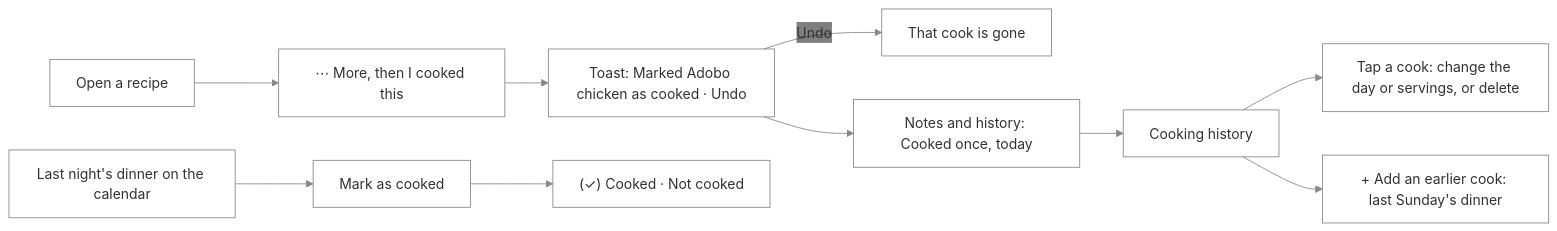
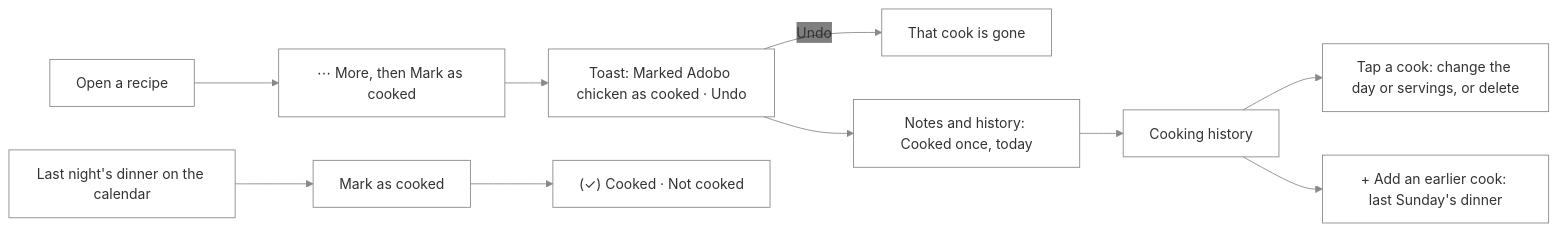
One commit to NovaMoonX/moondreams-dev-apps changed diagram 46 of 55 in src/apps/pinch/UX.md. Above: the diagram before and after it, drawn with Mermaid. The commit also changed other lines of this file and 4 other files, not shown here.

First line of the commit message:
Pinch round 7: one name for recording a cook, "Mark as cooked"

````diff
--- a/src/apps/pinch/UX.md
+++ b/src/apps/pinch/UX.md
@@ -1424,10 +1424,10 @@
 ```mermaid
 %%{init: {'theme': 'base', 'themeVariables': {'primaryColor': 'transparent', 'clusterBkg': 'transparent', 'primaryBorderColor': '#888888', 'clusterBorder': '#888888', 'lineColor': '#888888', 'primaryTextColor': '#333333'}}}%%
 flowchart LR
-    A["Open a recipe"] --> B["⋯ More, then I cooked this"] --> C["Toast: Marked Adobo chicken as cooked · Undo"]
+    A["Open a recipe"] --> B["⋯ More, then Mark as cooked"] --> C["Toast: Marked Adobo chicken as cooked · Undo"]
     C -->|Undo| D["That cook is gone"]
     C --> E["Notes and history: Cooked once, today"]
     F["Last night's dinner on the calendar"] --> G["Mark as cooked"] --> H["(✓) Cooked · Not cooked"]
     E --> I["Cooking history"] --> J["Tap a cook: change the day or servings, or delete"]
     I --> K["+ Add an earlier cook: last Sunday's dinner"]
 ```
````
